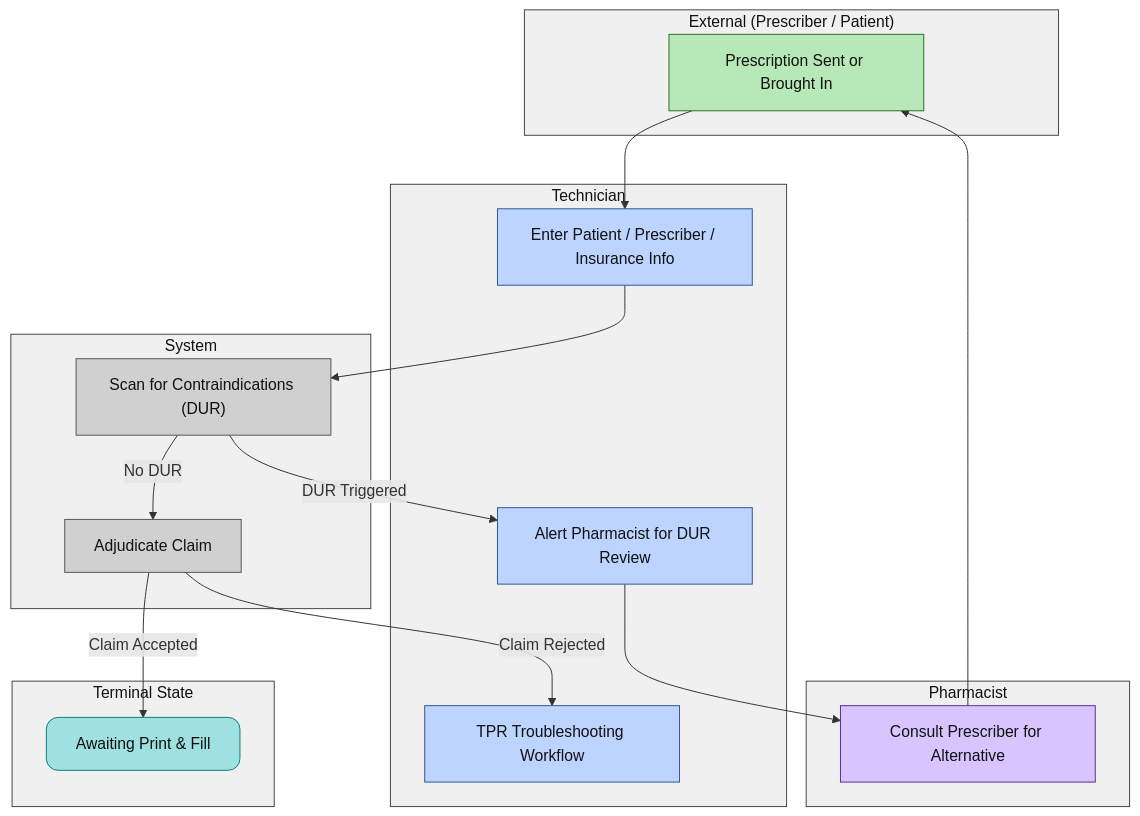
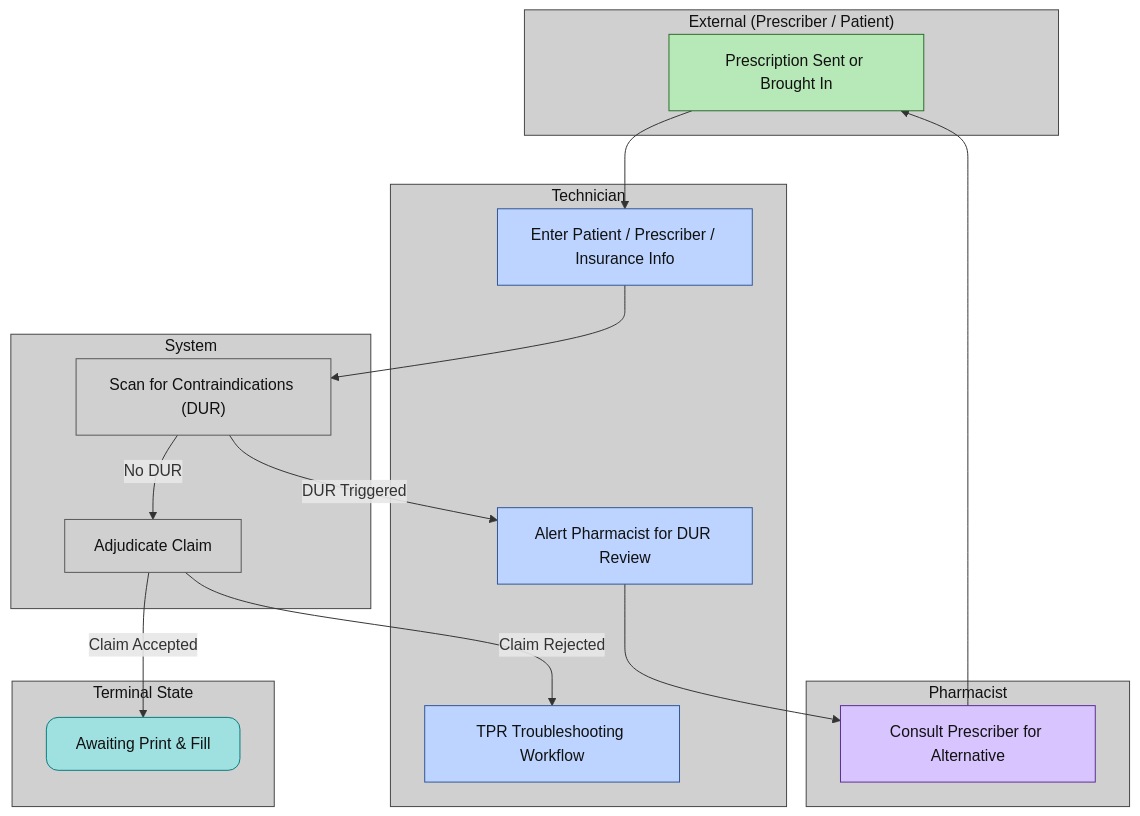
The first of 2 diagrams in core_operations.md (ctnava/rxtechnotes), drawn with Mermaid before and after one commit. The commit also changed other lines of this file, not shown here.

Commit message:
fix arrow color

````diff
--- a/core_operations.md
+++ b/core_operations.md
@@ -180,58 +180,58 @@
 ```mermaid
 flowchart TD
 
 %% =========================
 %% STYLE DEFINITIONS
 %% =========================
-classDef lane fill:#f0f0f0,stroke:#444,stroke-width:1px,color:#111
+classDef lane fill:#d0d0d0,stroke:#444,stroke-width:1px,color:#111
 classDef external fill:#b7e8b7,stroke:#2d6b2d,stroke-width:1px,color:#111
 classDef tech fill:#bcd4ff,stroke:#2f5597,stroke-width:1px,color:#111
 classDef pharm fill:#d8c4ff,stroke:#5a2d91,stroke-width:1px,color:#111
 classDef system fill:#d0d0d0,stroke:#555,stroke-width:1px,color:#111
 classDef terminator fill:#9fe0e0,stroke:#0a7a7a,stroke-width:1px,rx:12,ry:12,color:#111
 classDef decision fill:#ffe98a,stroke:#b58a00,stroke-width:1px,rx:4,ry:4,color:#111
 
 %% =========================
 %% SWIMLANES
 %% =========================
 
 subgraph EXT["External (Prescriber / Patient)"]
     H1["Prescription Sent or Brought In"]:::external
 end
 class EXT lane
 
 subgraph TECH["Technician"]
     T1["Enter Patient / Prescriber / Insurance Info"]:::tech
     T2["TPR Troubleshooting Workflow"]:::tech
     T3["Alert Pharmacist for DUR Review"]:::tech
 end
 class TECH lane
 
 subgraph SYS["System"]
     S1["Scan for Contraindications (DUR)"]:::system
     S2["Adjudicate Claim"]:::system
 end
 class SYS lane
 
 subgraph PHARM["Pharmacist"]
     P1["Consult Prescriber for Alternative"]:::pharm
 end
 class PHARM lane
 
 subgraph TERM["Terminal State"]
     Z1["Awaiting Print & Fill"]:::terminator
 end
 class TERM lane
 
 %% =========================
 %% FLOW
 %% =========================
 
 H1 --> T1 --> S1
 
 S1 -->|DUR Triggered| T3 --> P1 --> H1
 S1 -->|No DUR| S2
 
 S2 -->|Claim Accepted| Z1
 S2 -->|Claim Rejected| T2
 ```
````
